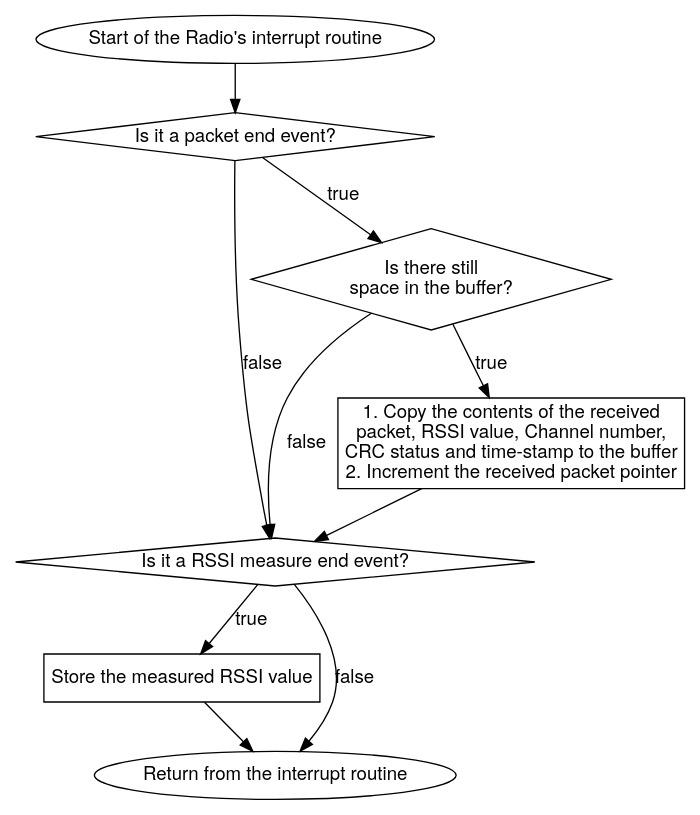
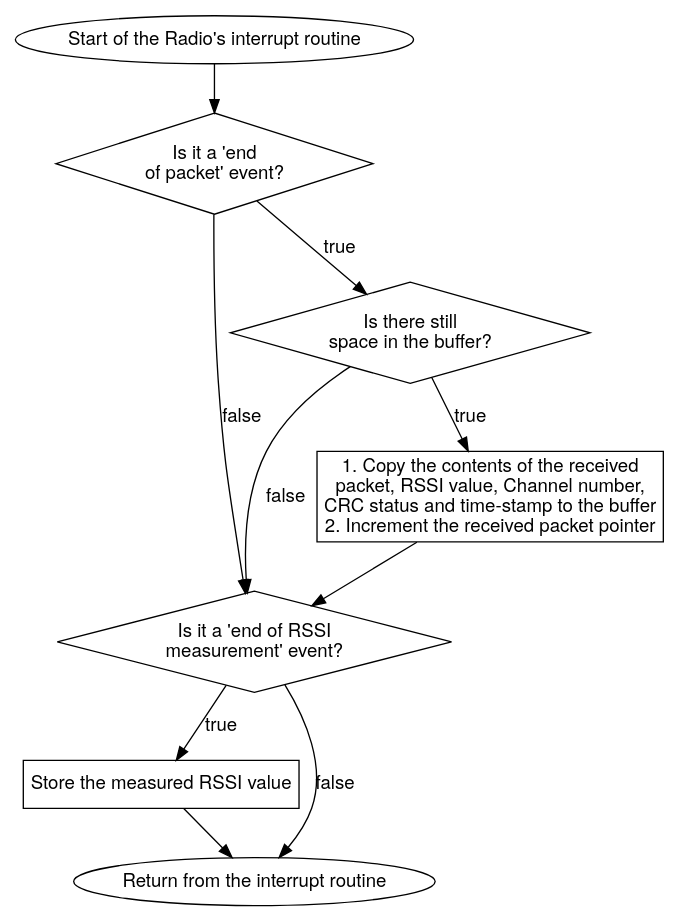
Before and after one commit to EarthLord/MasterThesisReport: the diagram in Images/RadioISR_chart.dot, drawn with Graphviz. The commit also changed 5 other files, not shown here.

Commit message:
Tweaked Radio ISR chart, removed hbox overflows

```diff
--- a/Images/RadioISR_chart.dot
+++ b/Images/RadioISR_chart.dot
@@ -1,19 +1,19 @@
 digraph radio_isr{
  start [shape=oval, label="Start of the Radio's interrupt routine",fontname = "Helvetica Neue"]
- is_end [shape=diamond, label="Is it a packet end event?",fontname = "Helvetica Neue"]
- is_rssiend [shape=diamond, label="Is it a RSSI measure end event?",fontname = "Helvetica Neue"]
+ is_end [shape=diamond, label="Is it a 'end\nof packet' event?",fontname = "Helvetica Neue"]
+ is_rssiend [shape=diamond, label="Is it a 'end of RSSI\nmeasurement' event?",fontname = "Helvetica Neue"]
  check_ptr [shape=diamond, label="Is there still\nspace in the buffer?",fontname = "Helvetica Neue"]
  collect [shape = box, label="1. Copy the contents of the received\npacket, RSSI value, Channel number,\nCRC status and time-stamp to the buffer
 2. Increment the received packet pointer",fontname = "Helvetica Neue"]
  rssi [shape = box, label="Store the measured RSSI value",fontname = "Helvetica Neue"]
  return [shape = oval, label="Return from the interrupt routine",fontname = "Helvetica Neue"]
  start -> is_end;
  is_end -> check_ptr [label ="true",fontname = "Helvetica Neue"];
  check_ptr -> collect [label ="true",fontname = "Helvetica Neue"]
  check_ptr -> is_rssiend [label ="false",fontname = "Helvetica Neue"];
  is_end -> is_rssiend [label ="false",fontname = "Helvetica Neue"];
  is_rssiend -> rssi [label ="true",fontname = "Helvetica Neue"];
  is_rssiend -> return [label="false",fontname = "Helvetica Neue"];
  collect -> is_rssiend;
  rssi -> return;
 }
```
